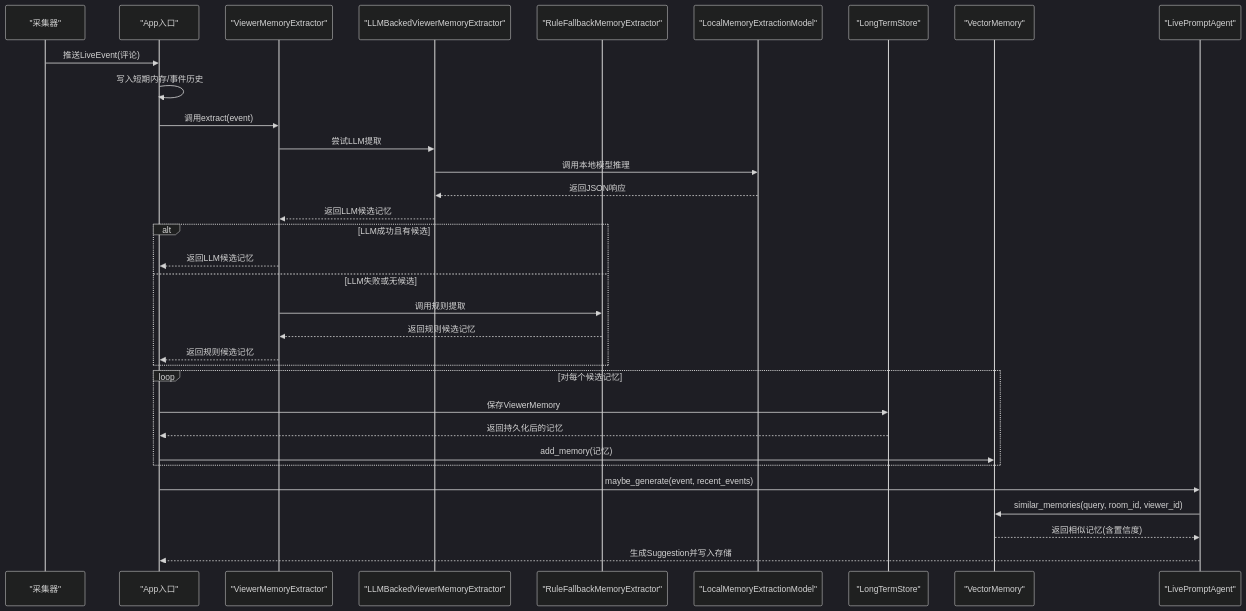
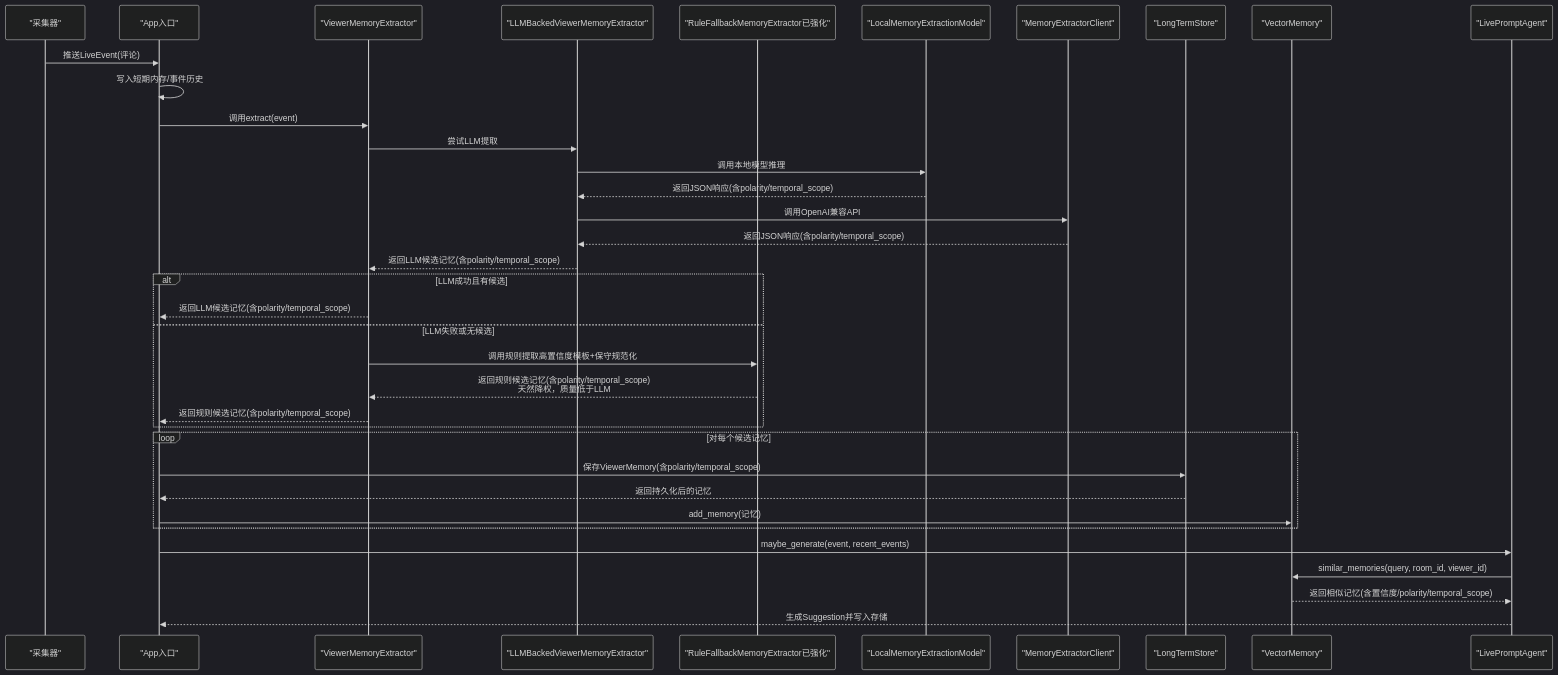
Before and after one commit to Moon-Force/DouYin_llm: the second of 7 diagrams in .qoder/repowiki/zh/content/后端服务/智能提词引擎/记忆提取器.md, drawn with Mermaid (dark theme). The commit also changed other lines of this file and 34 other files, not shown here.

````diff
--- a/.qoder/repowiki/zh/content/后端服务/智能提词引擎/记忆提取器.md
+++ b/.qoder/repowiki/zh/content/后端服务/智能提词引擎/记忆提取器.md
@@ -127,35 +157,38 @@
 ```mermaid
 sequenceDiagram
 participant COL as "采集器"
 participant APP as "App入口"
 participant ME as "ViewerMemoryExtractor"
 participant LME as "LLMBackedViewerMemoryExtractor"
-participant RFE as "RuleFallbackMemoryExtractor"
+participant RFE as "RuleFallbackMemoryExtractor已强化"
 participant LM as "LocalMemoryExtractionModel"
+participant MEMC as "MemoryExtractorClient"
 participant LTS as "LongTermStore"
 participant VS as "VectorMemory"
 participant AG as "LivePromptAgent"
 COL->>APP : 推送LiveEvent(评论)
 APP->>APP : 写入短期内存/事件历史
 APP->>ME : 调用extract(event)
 ME->>LME : 尝试LLM提取
 LME->>LM : 调用本地模型推理
-LM-->>LME : 返回JSON响应
-LME-->>ME : 返回LLM候选记忆
+LM-->>LME : 返回JSON响应(含polarity/temporal_scope)
+LME->>MEMC : 调用OpenAI兼容API
+MEMC-->>LME : 返回JSON响应(含polarity/temporal_scope)
+LME-->>ME : 返回LLM候选记忆(含polarity/temporal_scope)
 alt LLM成功且有候选
-ME-->>APP : 返回LLM候选记忆
+ME-->>APP : 返回LLM候选记忆(含polarity/temporal_scope)
 else LLM失败或无候选
-ME->>RFE : 调用规则提取
-RFE-->>ME : 返回规则候选记忆
-ME-->>APP : 返回规则候选记忆
+ME->>RFE : 调用规则提取高置信度模板+保守规范化
+RFE-->>ME : 返回规则候选记忆(含polarity/temporal_scope)<br/>天然降权，质量低于LLM
+ME-->>APP : 返回规则候选记忆(含polarity/temporal_scope)
 end
 loop 对每个候选记忆
-APP->>LTS : 保存ViewerMemory
+APP->>LTS : 保存ViewerMemory(含polarity/temporal_scope)
 LTS-->>APP : 返回持久化后的记忆
 APP->>VS : add_memory(记忆)
 end
 APP->>AG : maybe_generate(event, recent_events)
 AG->>VS : similar_memories(query, room_id, viewer_id)
-VS-->>AG : 返回相似记忆(含置信度)
+VS-->>AG : 返回相似记忆(含置信度/polarity/temporal_scope)
 AG-->>APP : 生成Suggestion并写入存储
 ```
````
